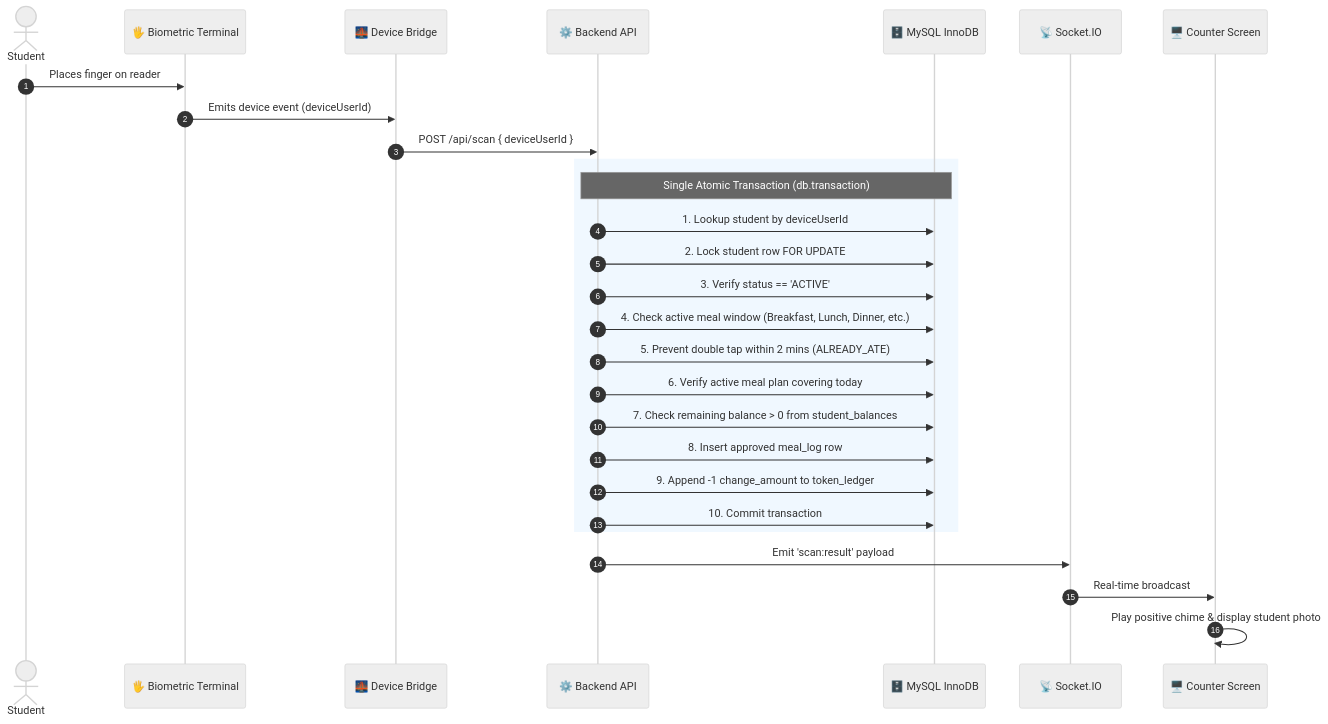
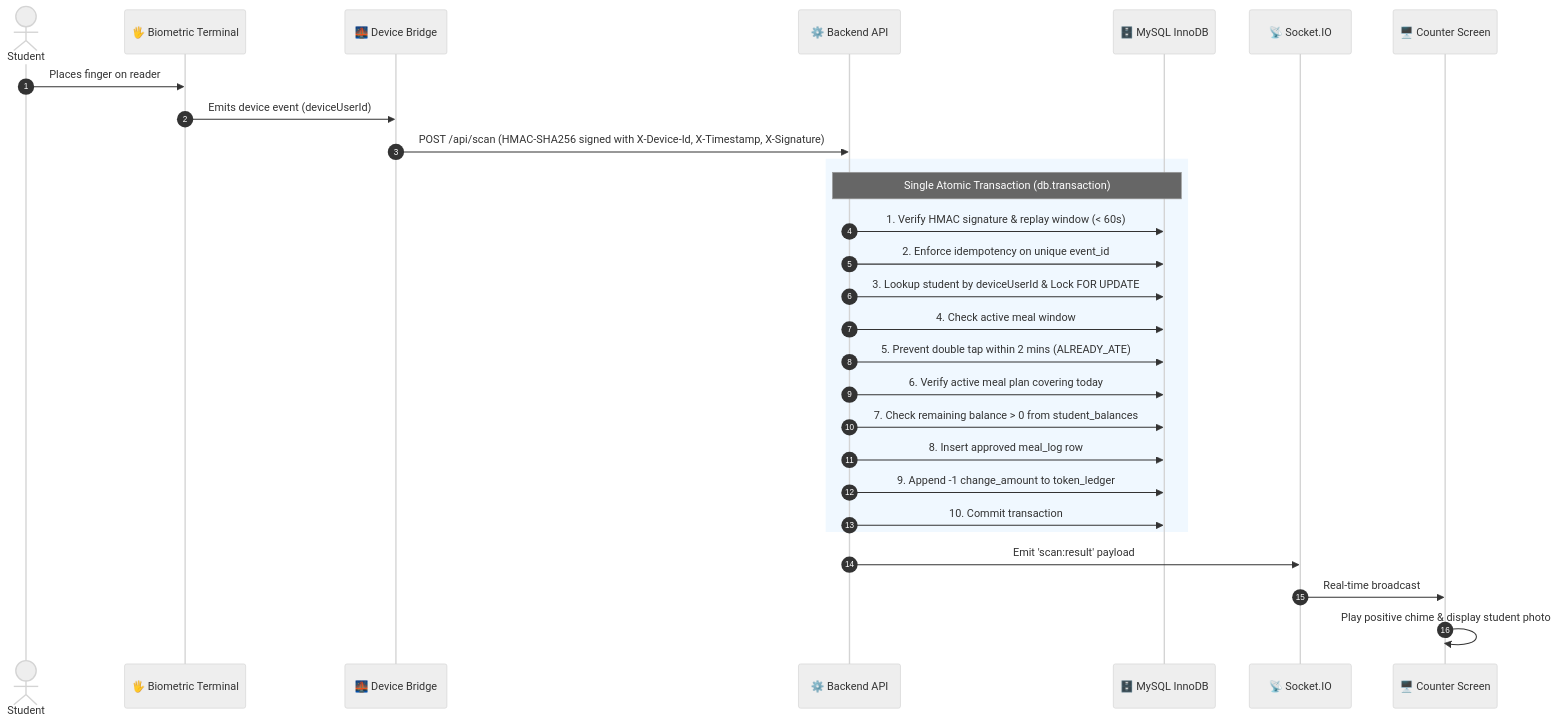
The second of 3 diagrams in README.md (dumbresanskar20/Mess-Attendance), drawn with Mermaid (neutral theme) before and after one commit. The commit also changed other lines of this file and 48 other files, not shown here.

````diff
--- a/README.md
+++ b/README.md
@@ -95,33 +102,33 @@
 ```mermaid
 sequenceDiagram
     autonumber
     actor Student
     participant Scanner as 🖐️ Biometric Terminal
     participant Bridge as 🌉 Device Bridge
     participant Backend as ⚙️ Backend API
     participant DB as 🗄️ MySQL InnoDB
     participant Socket as 📡 Socket.IO
     participant Screen as 🖥️ Counter Screen
 
     Student->>Scanner: Places finger on reader
     Scanner->>Bridge: Emits device event (deviceUserId)
-    Bridge->>Backend: POST /api/scan { deviceUserId }
+    Bridge->>Backend: POST /api/scan (HMAC-SHA256 signed with X-Device-Id, X-Timestamp, X-Signature)
     
     rect rgb(240, 248, 255)
         note over Backend,DB: Single Atomic Transaction (db.transaction)
-        Backend->>DB: 1. Lookup student by deviceUserId
-        Backend->>DB: 2. Lock student row FOR UPDATE
-        Backend->>DB: 3. Verify status == 'ACTIVE'
-        Backend->>DB: 4. Check active meal window (Breakfast, Lunch, Dinner, etc.)
+        Backend->>DB: 1. Verify HMAC signature & replay window (< 60s)
+        Backend->>DB: 2. Enforce idempotency on unique event_id
+        Backend->>DB: 3. Lookup student by deviceUserId & Lock FOR UPDATE
+        Backend->>DB: 4. Check active meal window
         Backend->>DB: 5. Prevent double tap within 2 mins (ALREADY_ATE)
         Backend->>DB: 6. Verify active meal plan covering today
         Backend->>DB: 7. Check remaining balance > 0 from student_balances
         Backend->>DB: 8. Insert approved meal_log row
         Backend->>DB: 9. Append -1 change_amount to token_ledger
         Backend->>DB: 10. Commit transaction
     end
 
     Backend->>Socket: Emit 'scan:result' payload
     Socket->>Screen: Real-time broadcast
     Screen->>Screen: Play positive chime & display student photo
 ```
````
